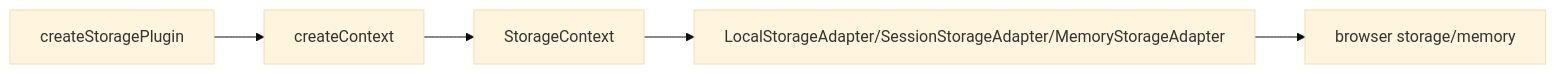
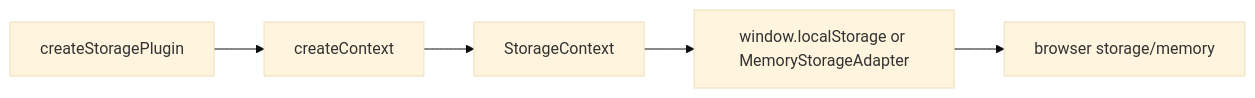
The diagram in apps/docs/src/pages/composables/plugins/use-storage.md (vuetifyjs/0), drawn with Mermaid (base theme) before and after one commit. The commit also changed 55 other files, not shown here.

````diff
--- a/apps/docs/src/pages/composables/plugins/use-storage.md
+++ b/apps/docs/src/pages/composables/plugins/use-storage.md
@@ -81,7 +81,7 @@
 ```mermaid "Storage Plugin"
 flowchart LR
   createStoragePlugin --> createContext
   createContext --> StorageContext
-  StorageContext --> Adapter[LocalStorageAdapter/SessionStorageAdapter/MemoryStorageAdapter]
+  StorageContext --> Adapter[window.localStorage or MemoryStorageAdapter]
   Adapter --> storage[browser storage/memory]
 ```
````
